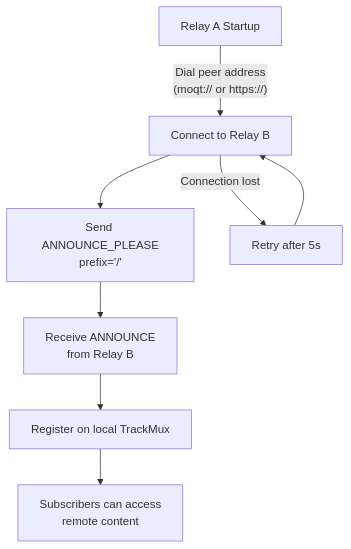
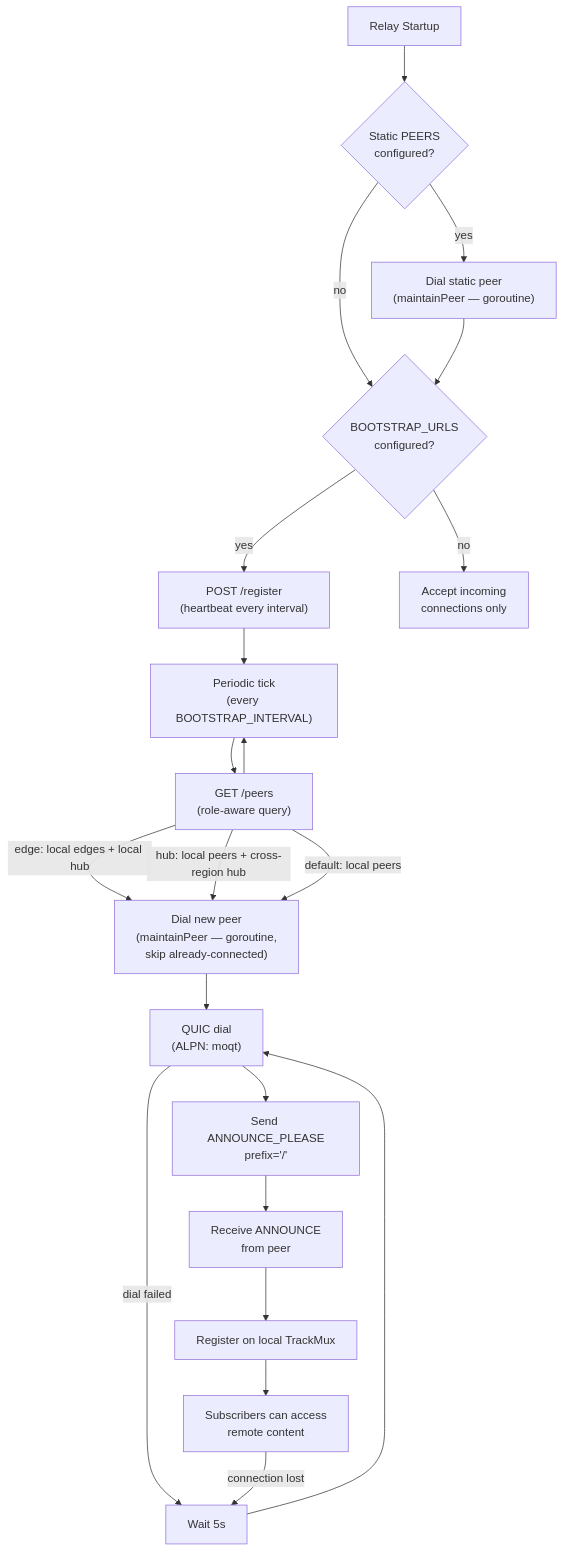
The second of 2 diagrams in README.md (okdaichi/qumo), drawn with Mermaid before and after one commit. The commit also changed other lines of this file, not shown here.

Commit message:
docs: update README with new architecture diagrams and remove obsolete deployment examples

````diff
--- a/README.md
+++ b/README.md
@@ -147,10 +154,27 @@
 ```mermaid
 graph TD
-    A["Relay A Startup"] -->|"Dial peer address<br/>(moqt:// or https://)"| B["Connect to Relay B"]
-    B --> C["Send ANNOUNCE_PLEASE<br/>prefix='/'"]
-    C --> D["Receive ANNOUNCE<br/>from Relay B"]
-    D --> E["Register on local TrackMux"]
-    E --> F["Subscribers can access<br/>remote content"]
-    B -->|"Connection lost"| G["Retry after 5s"]
-    G --> B
+    Start["Relay Startup"] --> Static{"Static PEERS<br/>configured?"}
+    Static -->|yes| DialStatic["Dial static peer<br/>(maintainPeer — goroutine)"]
+    Static -->|no| BS{"BOOTSTRAP_URLS<br/>configured?"}
+    DialStatic --> BS
+
+    BS -->|yes| Register["POST /register<br/>(heartbeat every interval)"]
+    Register --> Tick["Periodic tick<br/>(every BOOTSTRAP_INTERVAL)"]
+    Tick --> Discover["GET /peers<br/>(role-aware query)"]
+    Discover -->|"edge: local edges + local hub"| DialDynamic
+    Discover -->|"hub: local peers + cross-region hub"| DialDynamic
+    Discover -->|"default: local peers"| DialDynamic
+    Discover --> Tick
+
+    DialDynamic["Dial new peer<br/>(maintainPeer — goroutine,<br/>skip already-connected)"] --> ALPN["QUIC dial<br/>(ALPN: moqt)"]
+    ALPN --> Announce["Send ANNOUNCE_PLEASE<br/>prefix='/'"]
+    Announce --> Receive["Receive ANNOUNCE<br/>from peer"]
+    Receive --> TrackMux["Register on local TrackMux"]
+    TrackMux --> Serve["Subscribers can access<br/>remote content"]
+
+    ALPN -->|"dial failed"| Retry["Wait 5s"]
+    Serve -->|"connection lost"| Retry
+    Retry --> ALPN
+
+    BS -->|no| Idle["Accept incoming<br/>connections only"]
 ```
````
